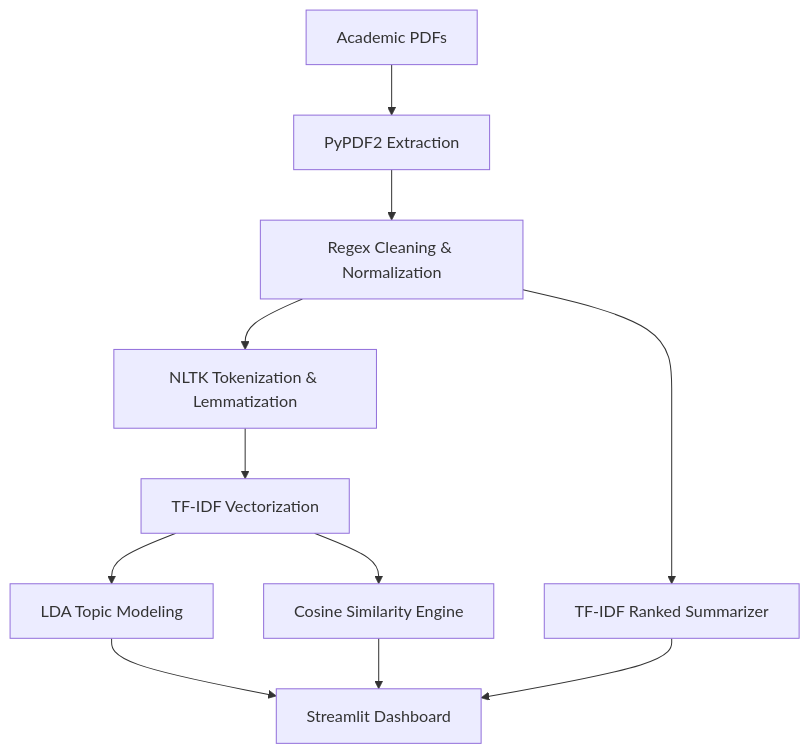
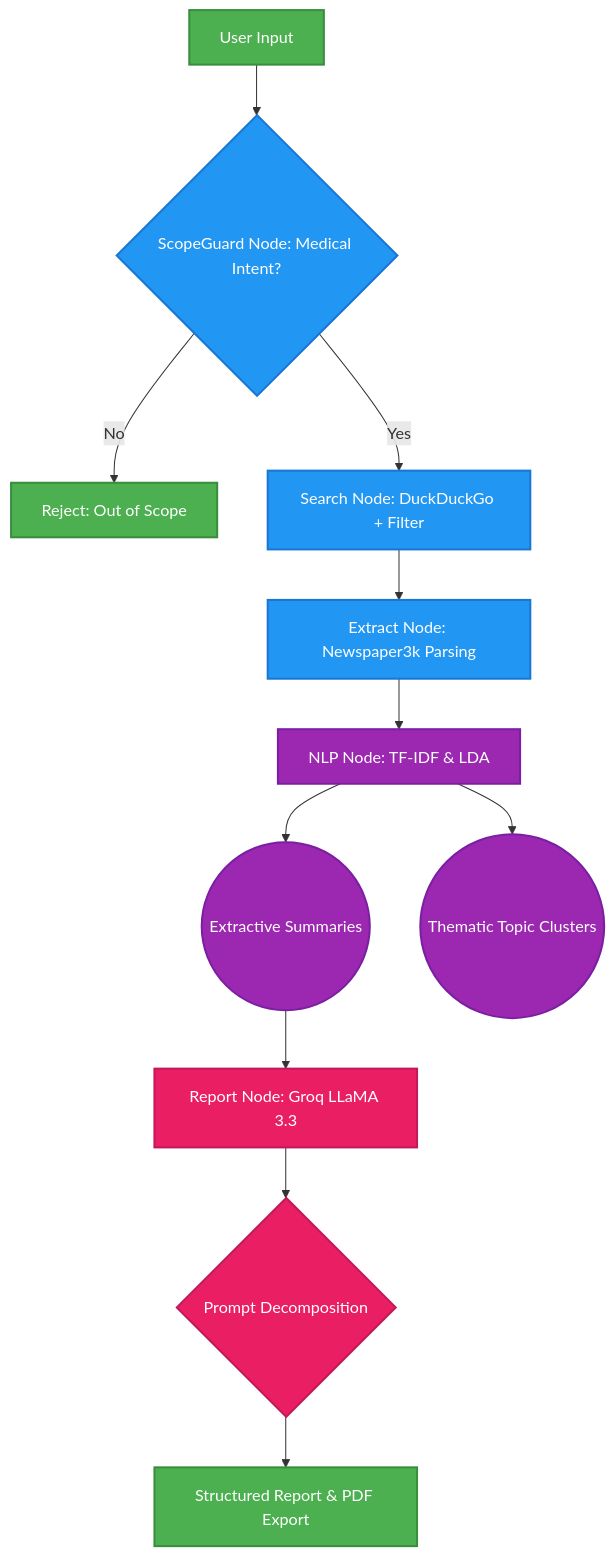
Before and after one commit to AradhyaTiwari10/researchscope-nlp-healthcare: the second of 2 diagrams in README.md, drawn with Mermaid. The commit also changed other lines of this file and 12 other files, not shown here.

````diff
--- a/README.md
+++ b/README.md
@@ -43,13 +64,37 @@
 ```mermaid
 graph TD
-    A[Academic PDFs] --> B[PyPDF2 Extraction]
-    B --> C[Regex Cleaning & Normalization]
-    C --> D[NLTK Tokenization & Lemmatization]
-    D --> E[TF-IDF Vectorization]
-    E --> F[LDA Topic Modeling]
-    E --> G[Cosine Similarity Engine]
-    C --> H[TF-IDF Ranked Summarizer]
-    F --> I[Streamlit Dashboard]
-    G --> I
+    %% Styling
+    classDef ui fill:#4CAF50,stroke:#388E3C,stroke-width:2px,color:white;
+    classDef agent fill:#2196F3,stroke:#1976D2,stroke-width:2px,color:white;
+    classDef nlp fill:#9C27B0,stroke:#7B1FA2,stroke-width:2px,color:white;
+    classDef llm fill:#E91E63,stroke:#C2185B,stroke-width:2px,color:white;
+
+    %% Nodes
+    A[User Input]:::ui
+    B{ScopeGuard Node: Medical Intent?}:::agent
+    Z[Reject: Out of Scope]:::ui
+    
+    C[Search Node: DuckDuckGo + Filter]:::agent
+    D[Extract Node: Newspaper3k Parsing]:::agent
+    
+    E[NLP Node: TF-IDF & LDA]:::nlp
+    F((Extractive Summaries)):::nlp
+    G((Thematic Topic Clusters)):::nlp
+    
+    H[Report Node: Groq LLaMA 3.3]:::llm
+    I{Prompt Decomposition}:::llm
+    
+    J[Structured Report & PDF Export]:::ui
+
+    %% Workflow
+    A --> B
+    B -- No --> Z
+    B -- Yes --> C
+    C --> D
+    D --> E
+    E --> F
+    E --> G
+    F --> H
     H --> I
+    I --> J
 ```
````
